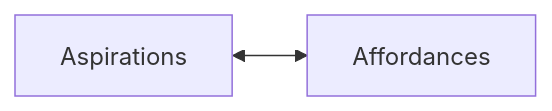
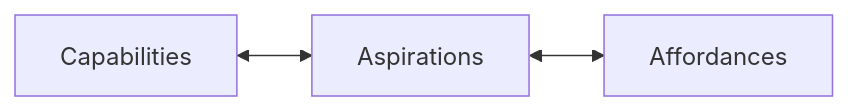
The first of 3 diagrams in manuscript/chapter04.md (sjinko/theory), drawn with Mermaid before and after one commit. The commit also changed other lines of this file, not shown here.

````diff
--- a/manuscript/chapter04.md
+++ b/manuscript/chapter04.md
@@ -76,4 +72,4 @@
 ```mermaid
 graph LR
-  Aspirations<-->Affordances;
+  Capabilities<-->Aspirations<-->Affordances;
 ```
````
